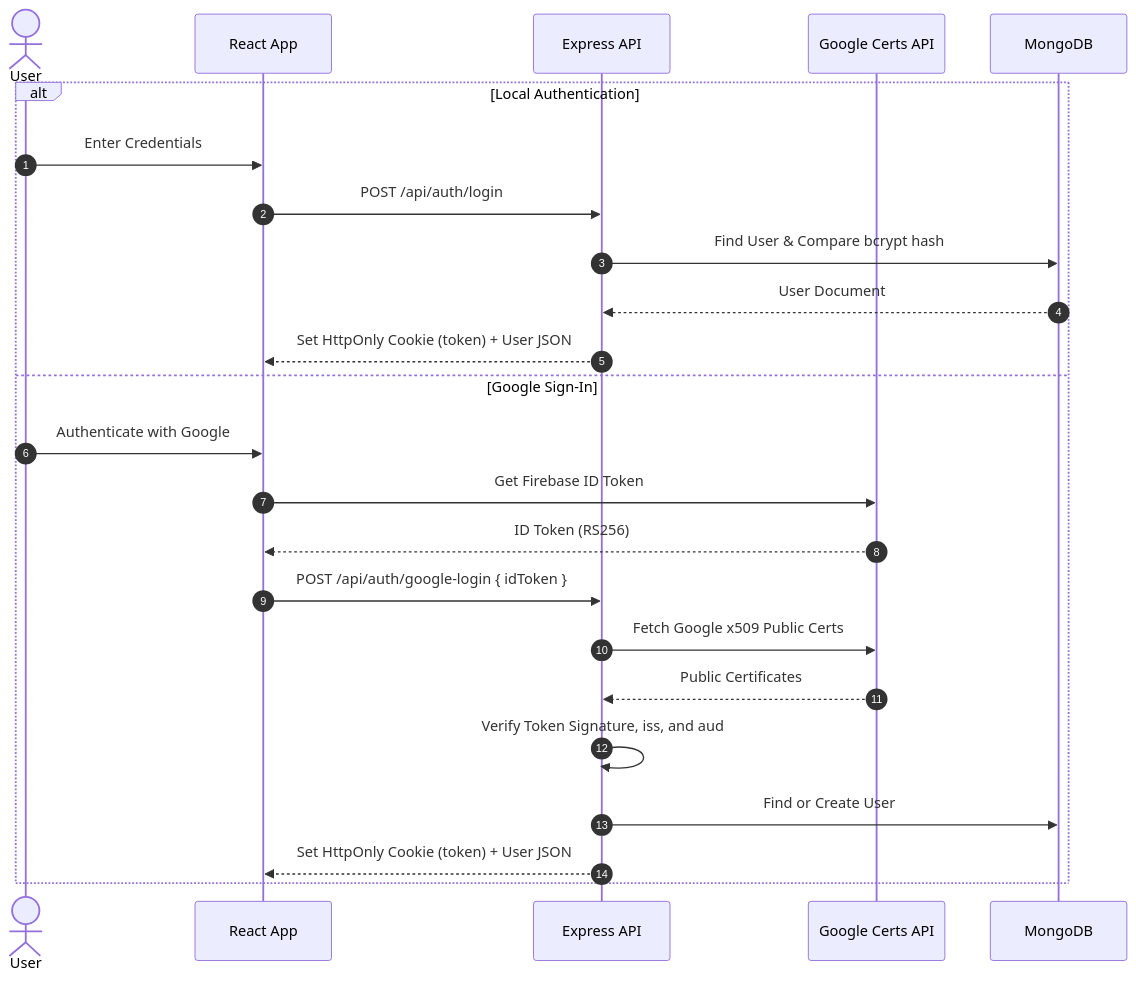
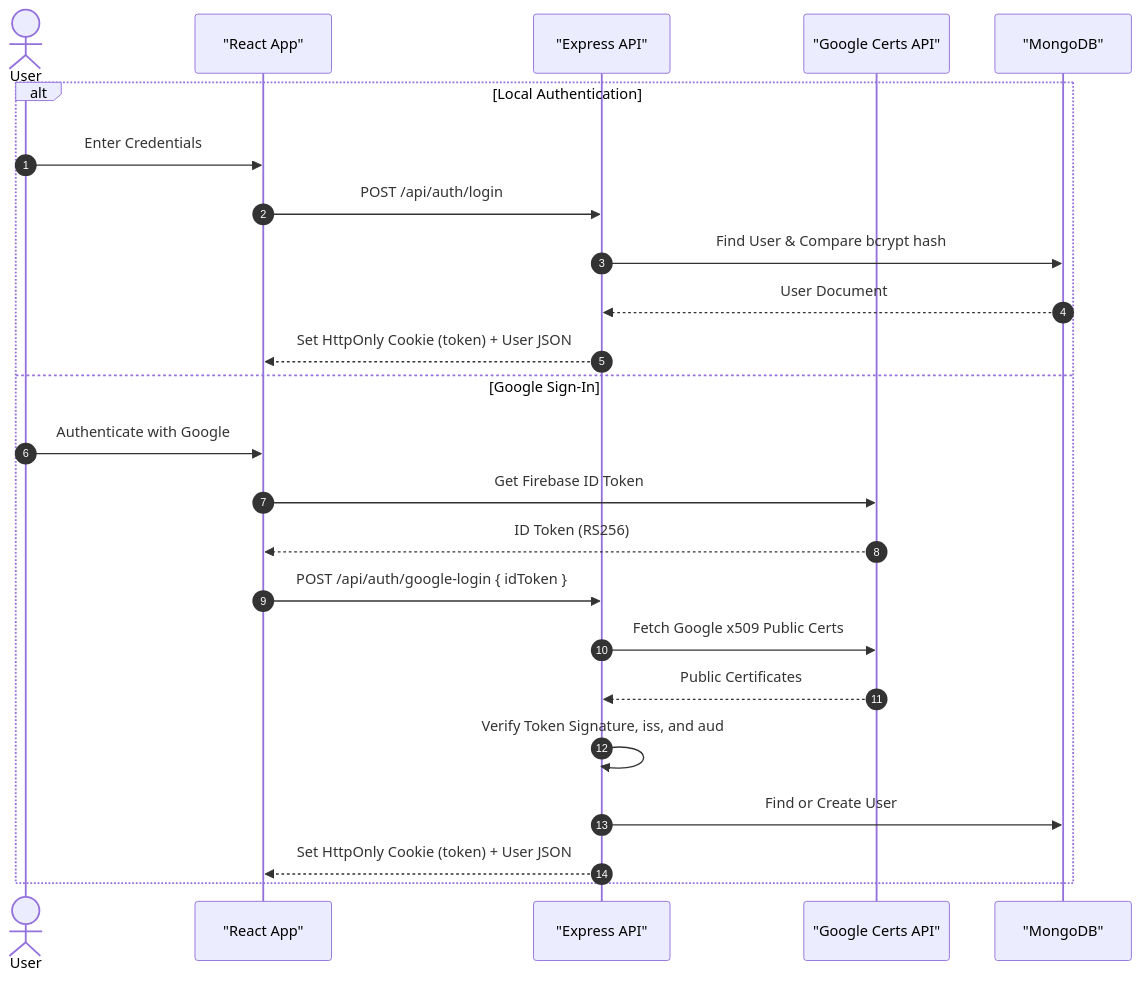
One commit to aryandas2911/DailyForge changed the third of 6 diagrams in Architecture.md. Above: the diagram before and after it, drawn with Mermaid. The commit also changed other lines of this file, not shown here.

Commit message:
improve flowcharts

````diff
--- a/Architecture.md
+++ b/Architecture.md
@@ -202,27 +202,27 @@
 ```mermaid
 sequenceDiagram
     autonumber
     actor User
-    participant Frontend as React App
-    participant Backend as Express API
-    participant Firebase as Google Certs API
-    participant DB as MongoDB
+    participant Frontend as "React App"
+    participant Backend as "Express API"
+    participant Firebase as "Google Certs API"
+    participant DB as "MongoDB"
 
     alt Local Authentication
         User->>Frontend: Enter Credentials
         Frontend->>Backend: POST /api/auth/login
         Backend->>DB: Find User & Compare bcrypt hash
         DB-->>Backend: User Document
         Backend-->>Frontend: Set HttpOnly Cookie (token) + User JSON
     else Google Sign-In
         User->>Frontend: Authenticate with Google
         Frontend->>Firebase: Get Firebase ID Token
         Firebase-->>Frontend: ID Token (RS256)
         Frontend->>Backend: POST /api/auth/google-login { idToken }
         Backend->>Firebase: Fetch Google x509 Public Certs
         Firebase-->>Backend: Public Certificates
         Backend->>Backend: Verify Token Signature, iss, and aud
         Backend->>DB: Find or Create User
         Backend-->>Frontend: Set HttpOnly Cookie (token) + User JSON
     end
 ```
````
